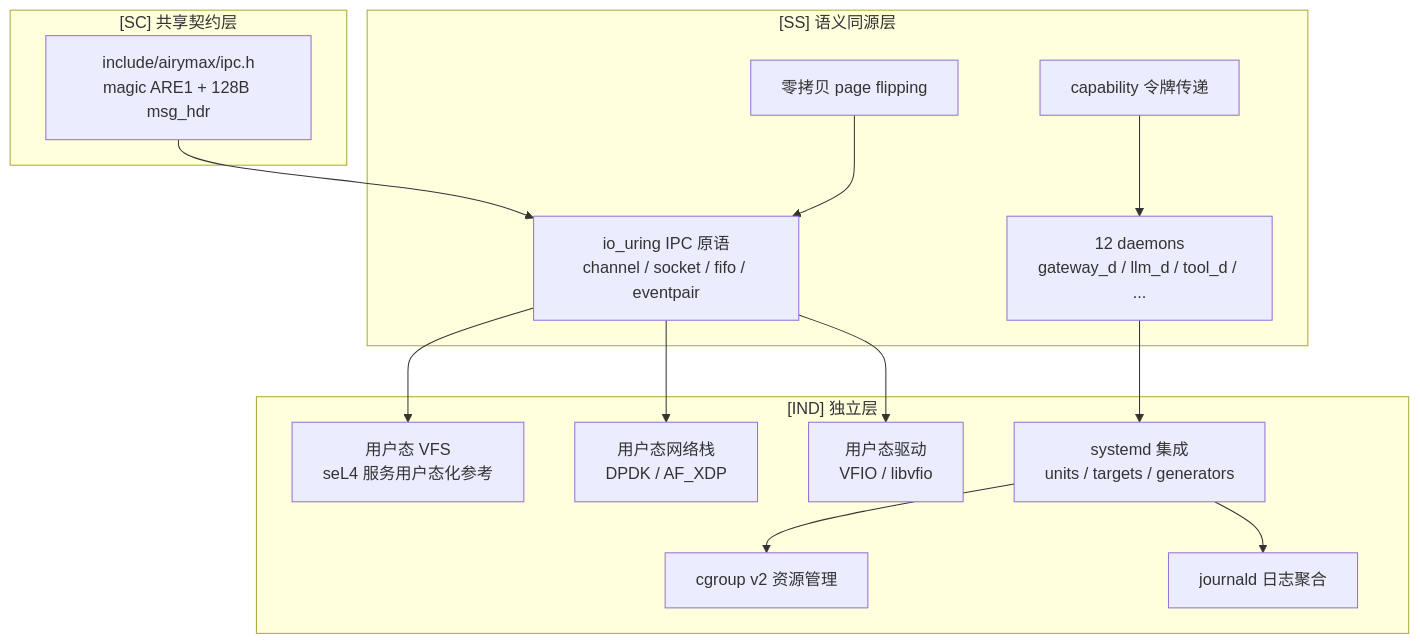
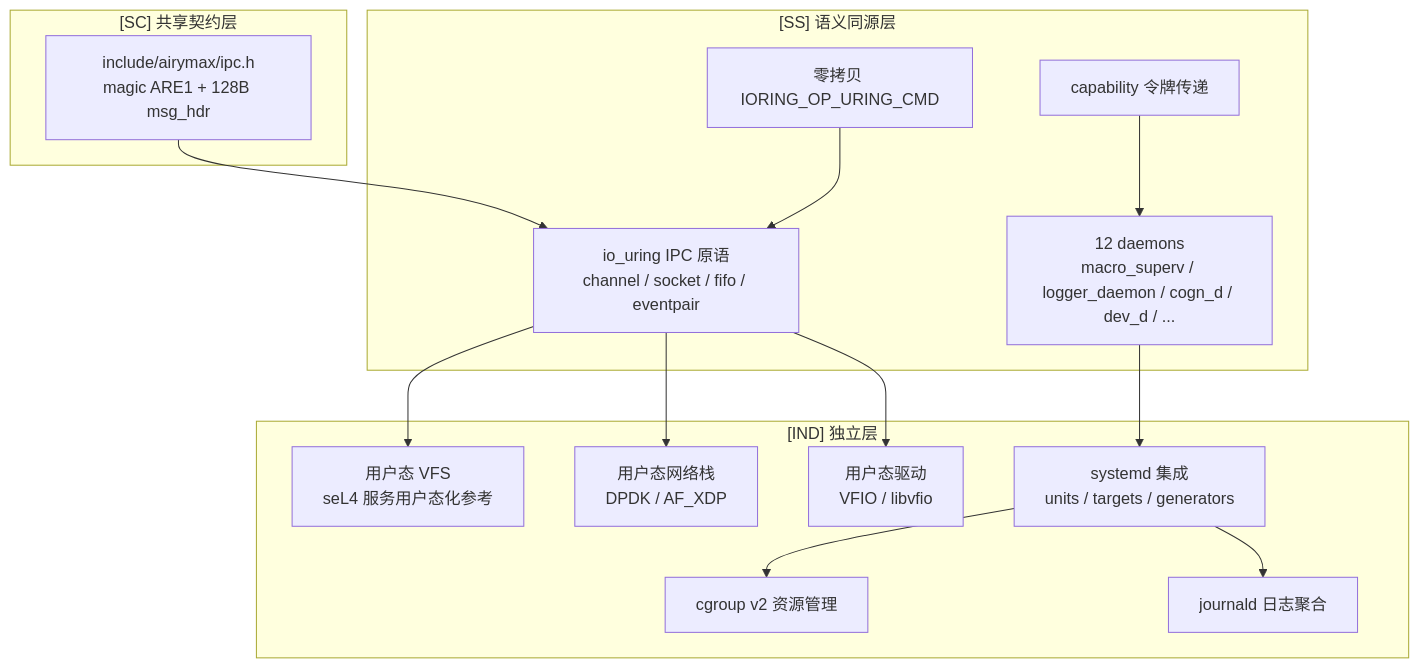
One commit to openairymax/docs changed the second of 2 diagrams in AirymaxOS/20-modules/02-services.md. Above: the diagram before and after it, drawn with Mermaid. The commit also changed other lines of this file and 115 other files, not shown here.

````diff
--- a/AirymaxOS/20-modules/02-services.md
+++ b/AirymaxOS/20-modules/02-services.md
@@ -414,29 +414,29 @@
 ```mermaid
 graph TD
     subgraph SC["[SC] 共享契约层"]
         IPC_HDR[include/airymax/ipc.h<br/>magic ARE1 + 128B msg_hdr]
     end
     subgraph SS["[SS] 语义同源层"]
-        DAEMONS[12 daemons<br/>gateway_d / llm_d / tool_d / ...]
+        DAEMONS[12 daemons<br/>macro_superv / logger_daemon / cogn_d / dev_d / ...]
         PRIMITIVES[io_uring IPC 原语<br/>channel / socket / fifo / eventpair]
         CAP_TOKEN[capability 令牌传递]
-        ZERO_COPY[零拷贝 page flipping]
+        ZERO_COPY[零拷贝 IORING_OP_URING_CMD]
     end
     subgraph IND["[IND] 独立层"]
         VFS[用户态 VFS<br/>seL4 服务用户态化参考]
         NET[用户态网络栈<br/>DPDK / AF_XDP]
         DRV[用户态驱动<br/>VFIO / libvfio]
         SYSTEMD[systemd 集成<br/>units / targets / generators]
         CGROUP[cgroup v2 资源管理]
         JOURNALD[journald 日志聚合]
     end
     IPC_HDR --> PRIMITIVES
     DAEMONS --> SYSTEMD
     PRIMITIVES --> VFS
     PRIMITIVES --> NET
     PRIMITIVES --> DRV
     CAP_TOKEN --> DAEMONS
     ZERO_COPY --> PRIMITIVES
     SYSTEMD --> CGROUP
     SYSTEMD --> JOURNALD
 ```
````
